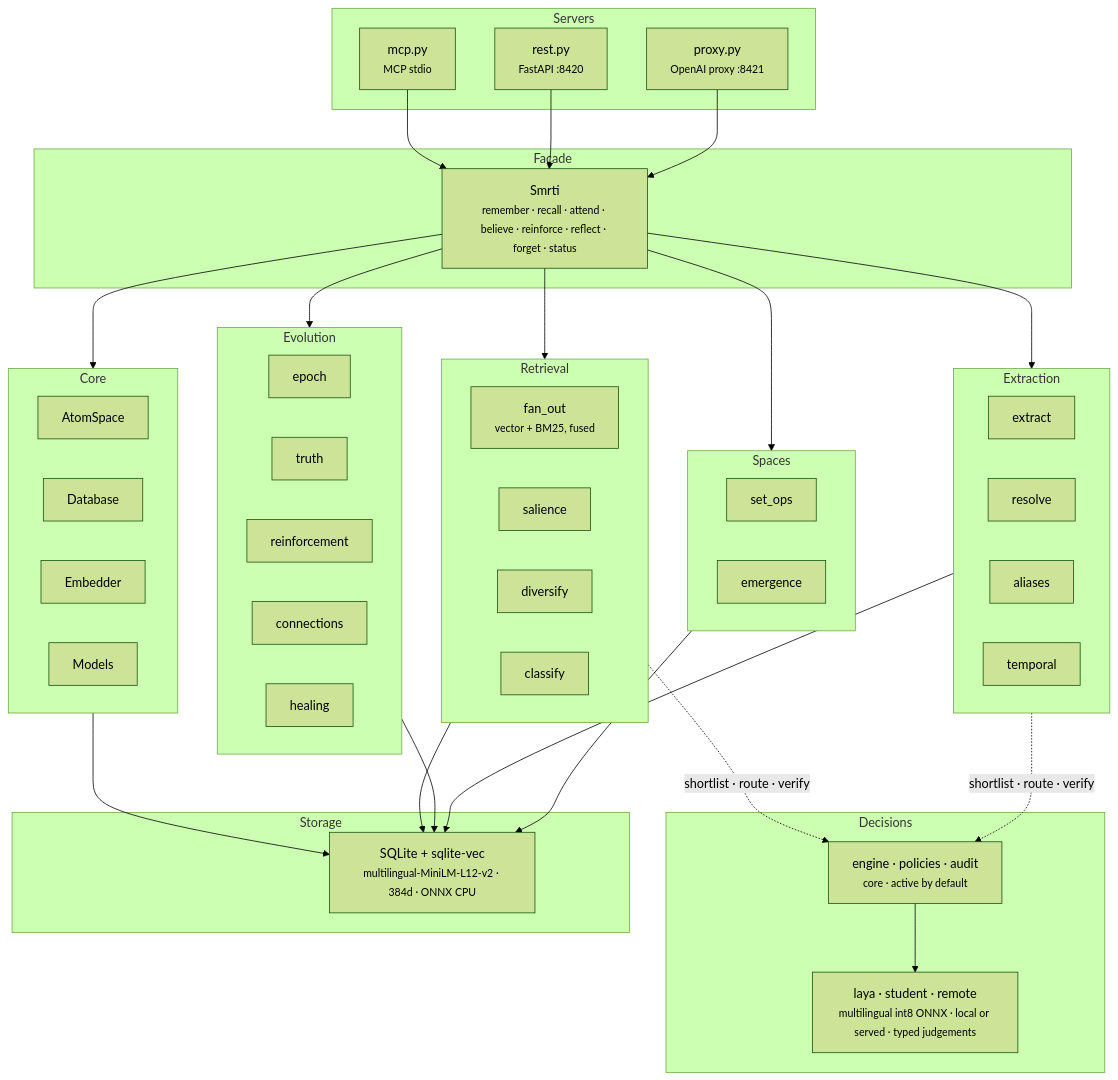
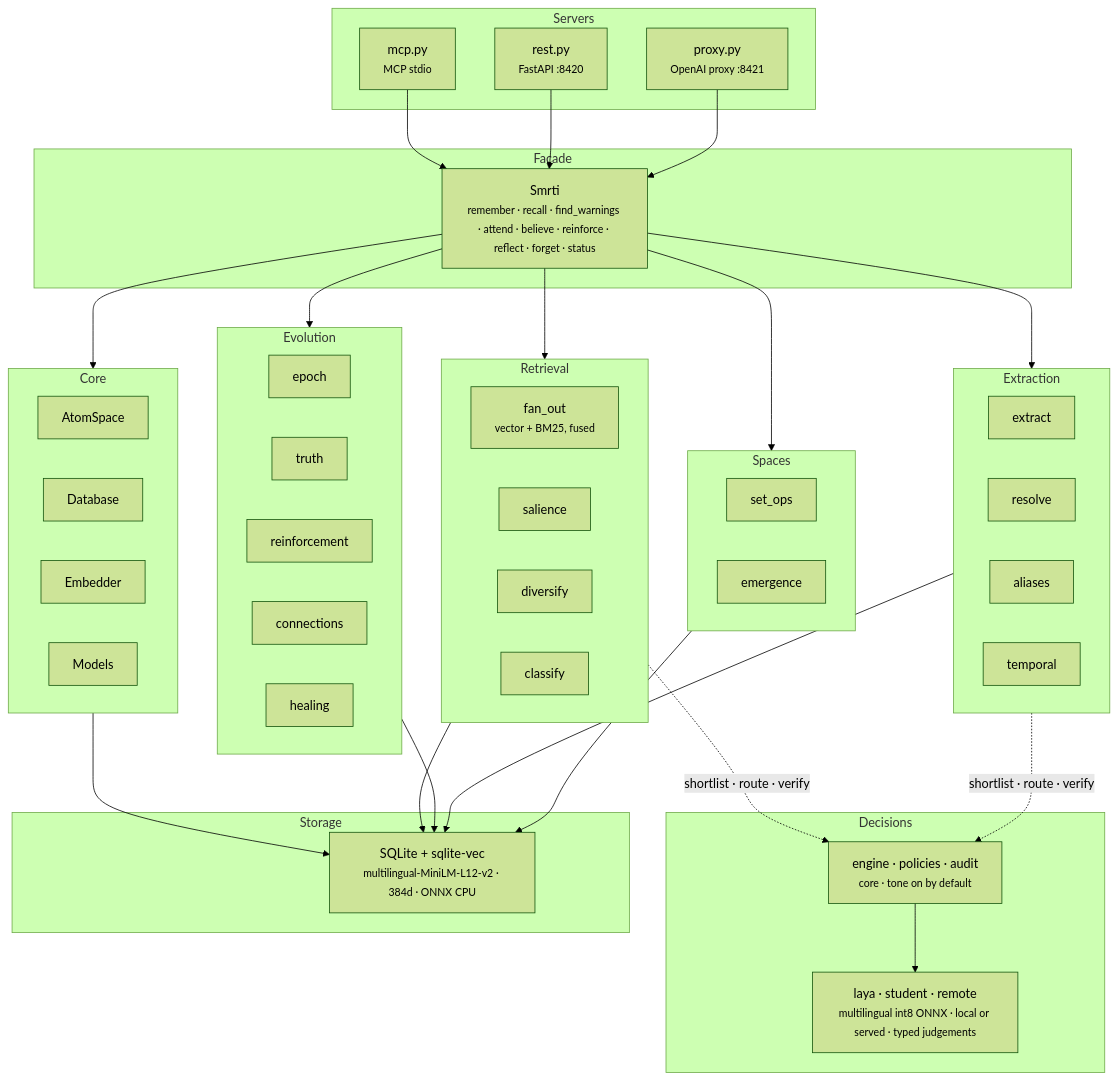
One commit to cyqlelabs/smrti changed the diagram in README.md. Above: the diagram before and after it, drawn with Mermaid (forest theme). The commit also changed other lines of this file and 4 other files, not shown here.

Commit message:
Document the audit release: measured decision defaults, warnings outside top_k, tenant-bound keys, benchmarks at top_k 5/10/50

````diff
--- a/README.md
+++ b/README.md
@@ -495,61 +522,61 @@
 ```mermaid
 graph TD
     subgraph Facade
-        S["Smrti<br/><small>remember · recall · attend · believe · reinforce · reflect · forget · status</small>"]
+        S["Smrti<br/><small>remember · recall · find_warnings · attend · believe · reinforce · reflect · forget · status</small>"]
     end
 
     subgraph Servers
         MCP["mcp.py<br/><small>MCP stdio</small>"]
         REST["rest.py<br/><small>FastAPI :8420</small>"]
         PROXY["proxy.py<br/><small>OpenAI proxy :8421</small>"]
     end
 
     subgraph Core
         AS["AtomSpace"]
         DB["Database"]
         EMB["Embedder"]
         MOD["Models"]
     end
 
     subgraph Retrieval
         FAN["fan_out<br/><small>vector + BM25, fused</small>"]
         SAL["salience"]
         DIV["diversify"]
         CLS["classify"]
     end
 
     subgraph Evolution
         EPO["epoch"]
         TRU["truth"]
         REI["reinforcement"]
         CON["connections"]
         HEA["healing"]
     end
 
     subgraph Spaces
         SOP["set_ops"]
         EMG["emergence"]
     end
 
     subgraph Extraction
         EXT["extract"]
         RES["resolve"]
         ALI["aliases"]
         TMP["temporal"]
     end
 
     subgraph Decisions
-        DEC["engine · policies · audit<br/><small>core · active by default</small>"]
+        DEC["engine · policies · audit<br/><small>core · tone on by default</small>"]
         LAYA["laya · student · remote<br/><small>multilingual int8 ONNX · local or served · typed judgements</small>"]
     end
 
     subgraph Storage
         SQL["SQLite + sqlite-vec<br/><small>multilingual-MiniLM-L12-v2 · 384d · ONNX CPU</small>"]
     end
 
     MCP & REST & PROXY --> S
     S --> Core & Retrieval & Evolution & Extraction & Spaces
     Retrieval & Extraction -.->|"shortlist · route · verify"| DEC
     DEC --> LAYA
     Core & Retrieval & Evolution & Extraction & Spaces --> SQL
 ```
````
